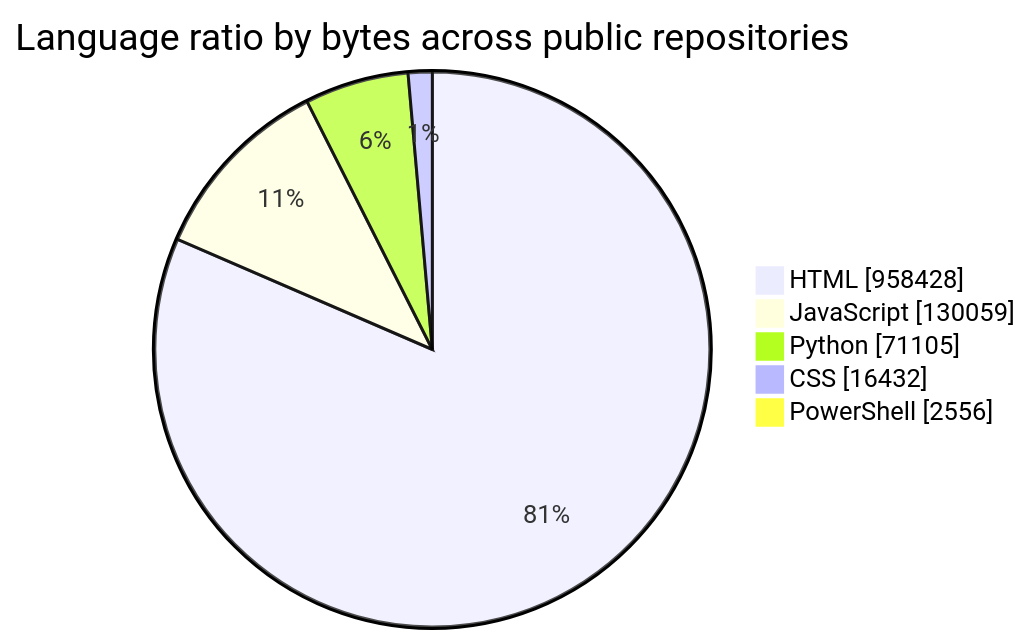
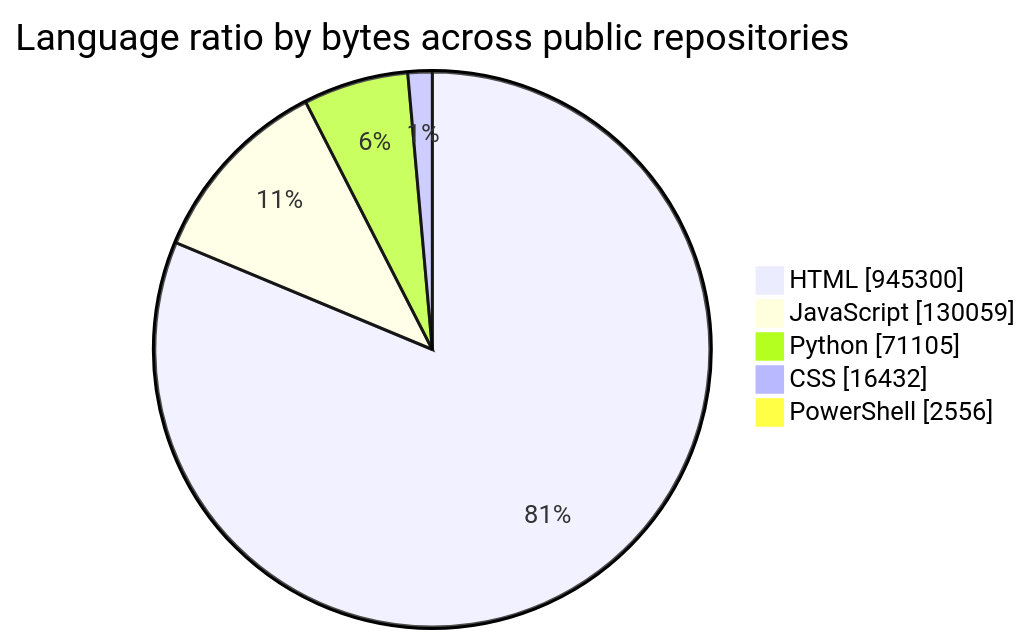
One commit to tchinso/tchinso changed the diagram in README.md. Above: the diagram before and after it, drawn with Mermaid. The commit also changed other lines of this file, not shown here.

````diff
--- a/README.md
+++ b/README.md
@@ -34,9 +34,9 @@
 ```mermaid
 pie showData
     title Language ratio by bytes across public repositories
-    "HTML" : 958428
+    "HTML" : 945300
     "JavaScript" : 130059
     "Python" : 71105
     "CSS" : 16432
     "PowerShell" : 2556
 ```
````
